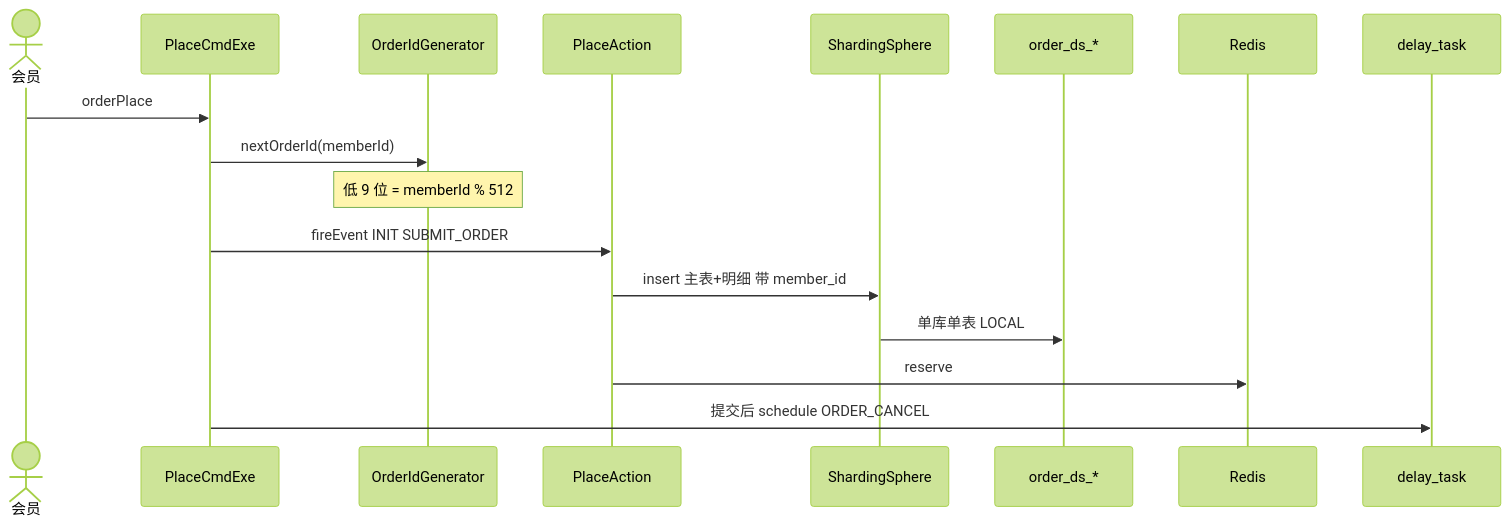
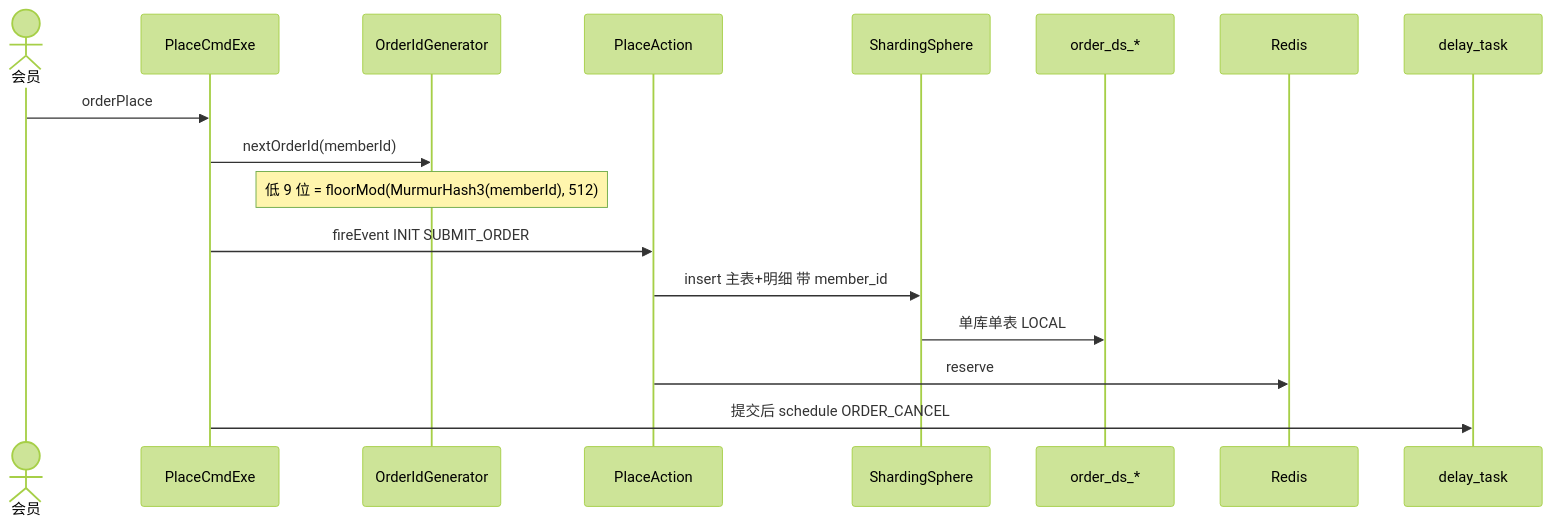
Before and after one commit to jasonsoso/spring-ai-demo: the fourth of 4 diagrams in demo2/docs/superpowers/archive/2026-08-30-order-sharding-gene.md, drawn with Mermaid (forest theme). The commit also changed other lines of this file and 19 other files, not shown here.

````diff
--- a/demo2/docs/superpowers/archive/2026-08-30-order-sharding-gene.md
+++ b/demo2/docs/superpowers/archive/2026-08-30-order-sharding-gene.md
@@ -144,20 +165,20 @@
 ```mermaid
 sequenceDiagram
   actor U as 会员
   participant C as PlaceCmdExe
   participant G as OrderIdGenerator
   participant A as PlaceAction
   participant SS as ShardingSphere
   participant DB as order_ds_*
   participant R as Redis
   participant D as delay_task
 
   U->>C: orderPlace
   C->>G: nextOrderId(memberId)
-  Note over G: 低 9 位 = memberId % 512
+  Note over G: 低 9 位 = floorMod(MurmurHash3(memberId), 512)
   C->>A: fireEvent INIT SUBMIT_ORDER
   A->>SS: insert 主表+明细 带 member_id
   SS->>DB: 单库单表 LOCAL
   A->>R: reserve
   C->>D: 提交后 schedule ORDER_CANCEL
 ```
````
